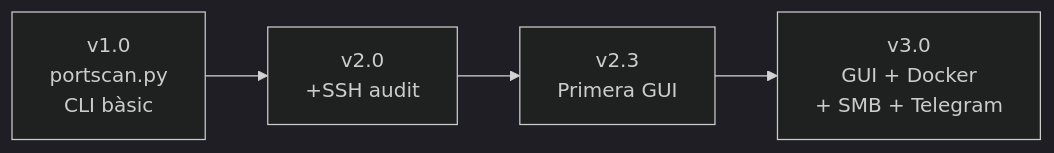
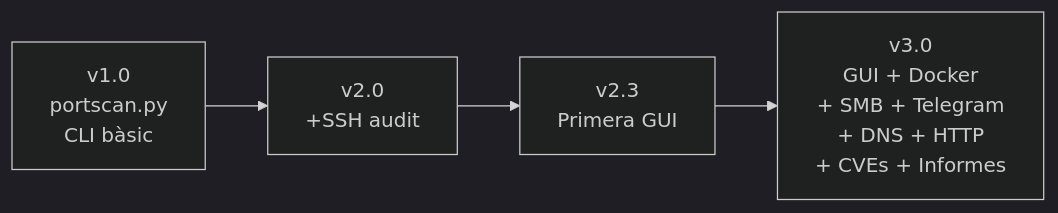
One commit to jordicerv/projecte_ebresafe changed the diagram in docs/auditoria/estructura.md. Above: the diagram before and after it, drawn with Mermaid (dark theme). The commit also changed other lines of this file and 3 other files, not shown here.

````diff
--- a/docs/auditoria/estructura.md
+++ b/docs/auditoria/estructura.md
@@ -45,4 +632,4 @@
 ```mermaid
 graph LR
-    V1["v1.0<br>portscan.py<br>CLI bàsic"] --> V2["v2.0<br>+SSH audit"] --> V23["v2.3<br>Primera GUI"] --> V3["v3.0<br>GUI + Docker<br>+ SMB + Telegram"]
+    V1["v1.0<br>portscan.py<br>CLI bàsic"] --> V2["v2.0<br>+SSH audit"] --> V23["v2.3<br>Primera GUI"] --> V3["v3.0<br>GUI + Docker<br>+ SMB + Telegram<br>+ DNS + HTTP<br>+ CVEs + Informes"]
 ```
````
